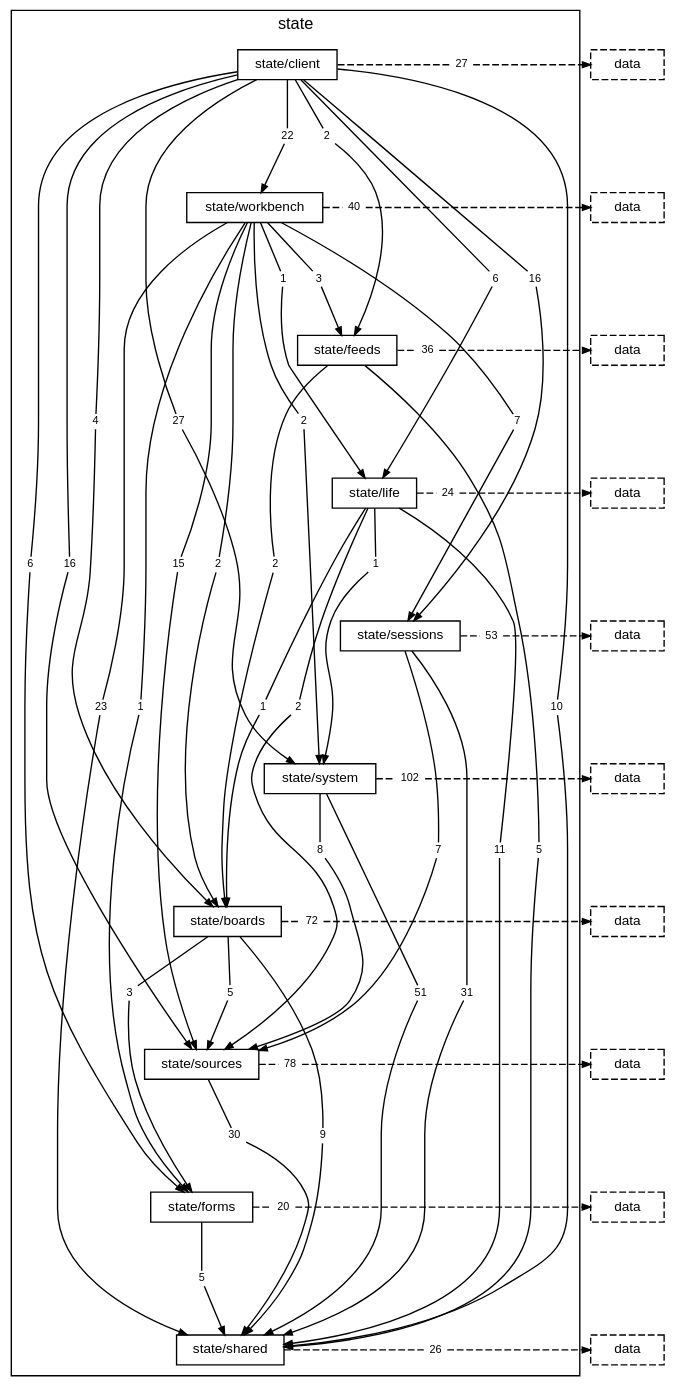
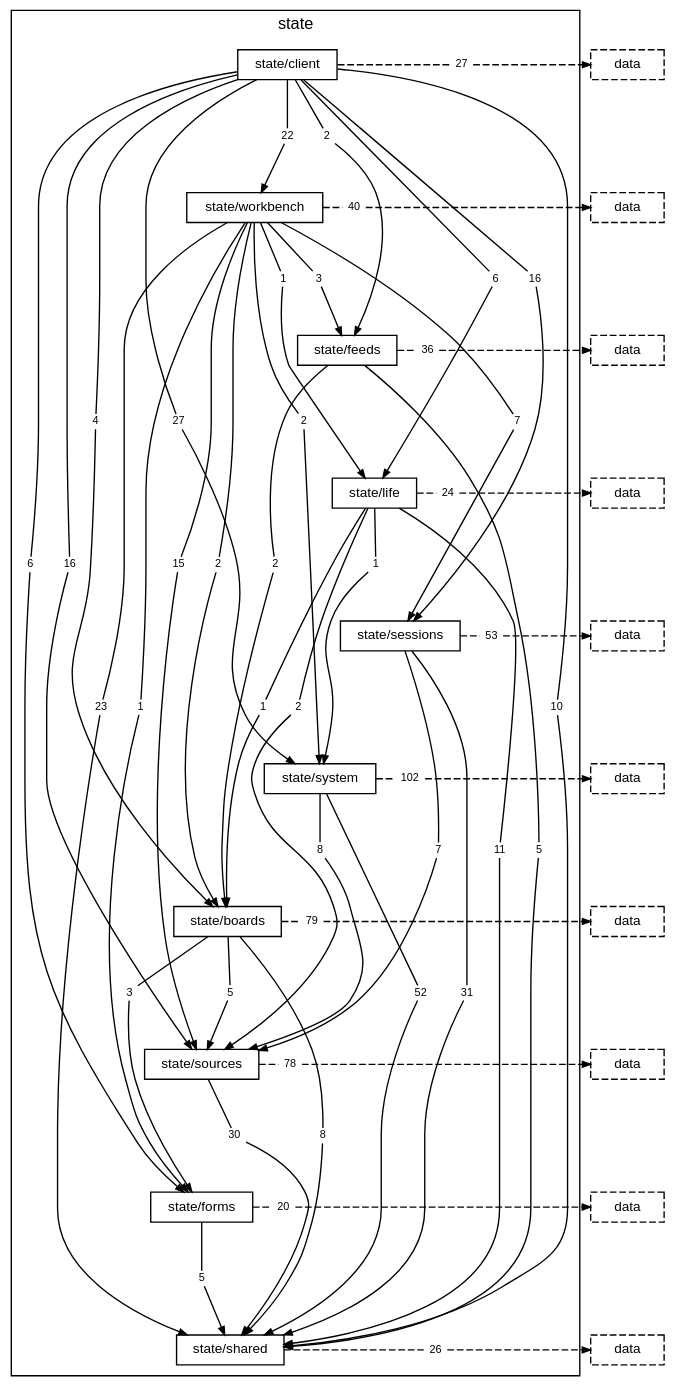
One commit to TheAxeC/oculus changed the diagram in docs/diagrams/layer-state.dot. Above: the diagram before and after it, drawn with Graphviz. The commit also changed 95 other files, not shown here.

```diff
--- a/docs/diagrams/layer-state.dot
+++ b/docs/diagrams/layer-state.dot
@@ -44,13 +44,13 @@
         "folder state/sessions to folder state/shared" [label="31", shape=box, color="transparent", fontsize=8, width=0, height=0, margin="0.04,0.02"];
         "folder state/sessions to folder state/sources" [label="7", shape=box, color="transparent", fontsize=8, width=0, height=0, margin="0.04,0.02"];
         "folder state/sessions to layer data" [label="53", shape=box, color="transparent", fontsize=8, width=0, height=0, margin="0.04,0.02"];
-        "folder state/system to folder state/shared" [label="51", shape=box, color="transparent", fontsize=8, width=0, height=0, margin="0.04,0.02"];
+        "folder state/system to folder state/shared" [label="52", shape=box, color="transparent", fontsize=8, width=0, height=0, margin="0.04,0.02"];
         "folder state/system to folder state/sources" [label="8", shape=box, color="transparent", fontsize=8, width=0, height=0, margin="0.04,0.02"];
         "folder state/system to layer data" [label="102", shape=box, color="transparent", fontsize=8, width=0, height=0, margin="0.04,0.02"];
         "folder state/boards to folder state/forms" [label="3", shape=box, color="transparent", fontsize=8, width=0, height=0, margin="0.04,0.02"];
-        "folder state/boards to folder state/shared" [label="9", shape=box, color="transparent", fontsize=8, width=0, height=0, margin="0.04,0.02"];
+        "folder state/boards to folder state/shared" [label="8", shape=box, color="transparent", fontsize=8, width=0, height=0, margin="0.04,0.02"];
         "folder state/boards to folder state/sources" [label="5", shape=box, color="transparent", fontsize=8, width=0, height=0, margin="0.04,0.02"];
-        "folder state/boards to layer data" [label="72", shape=box, color="transparent", fontsize=8, width=0, height=0, margin="0.04,0.02"];
+        "folder state/boards to layer data" [label="79", shape=box, color="transparent", fontsize=8, width=0, height=0, margin="0.04,0.02"];
         "folder state/sources to folder state/shared" [label="30", shape=box, color="transparent", fontsize=8, width=0, height=0, margin="0.04,0.02"];
         "folder state/sources to layer data" [label="78", shape=box, color="transparent", fontsize=8, width=0, height=0, margin="0.04,0.02"];
         "folder state/forms to folder state/shared" [label="5", shape=box, color="transparent", fontsize=8, width=0, height=0, margin="0.04,0.02"];
```
